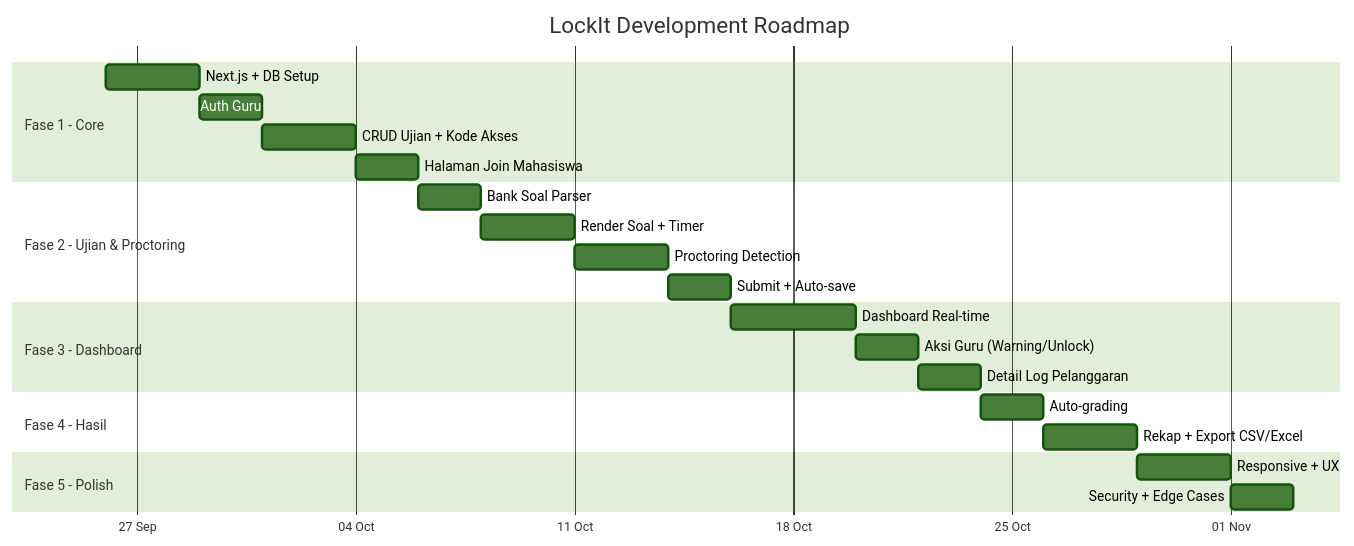
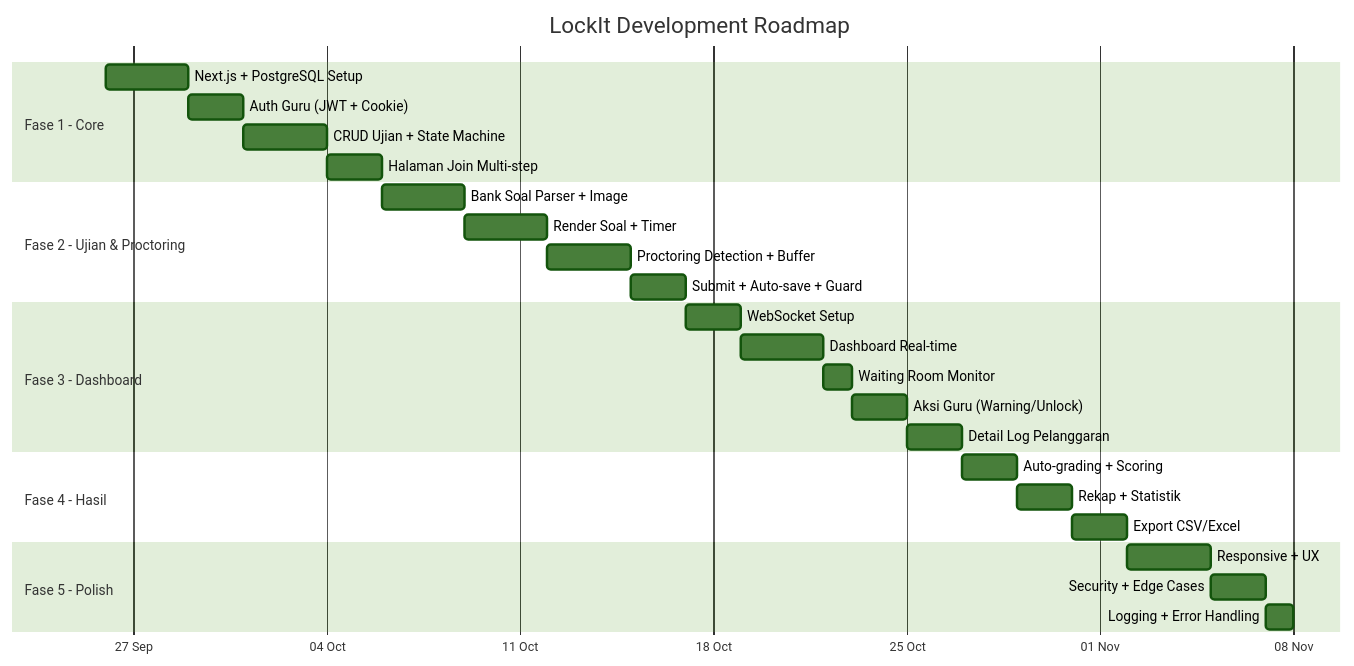
One commit to amdqeis/LockIt changed the sixth of 6 diagrams in docs/PRD.md. Above: the diagram before and after it, drawn with Mermaid (forest theme). The commit also changed other lines of this file, not shown here.

````diff
--- a/docs/PRD.md
+++ b/docs/PRD.md
@@ -597,31 +828,35 @@
 ```mermaid
 gantt
     title LockIt Development Roadmap
     dateFormat YYYY-MM-DD
     axisFormat %d %b
 
     section Fase 1 - Core
-    Next.js + DB Setup          :f1a, 2026-09-26, 3d
-    Auth Guru                   :f1b, after f1a, 2d
-    CRUD Ujian + Kode Akses     :f1c, after f1b, 3d
-    Halaman Join Mahasiswa      :f1d, after f1c, 2d
+    Next.js + PostgreSQL Setup      :f1a, 2026-09-26, 3d
+    Auth Guru (JWT + Cookie)        :f1b, after f1a, 2d
+    CRUD Ujian + State Machine      :f1c, after f1b, 3d
+    Halaman Join Multi-step         :f1d, after f1c, 2d
 
     section Fase 2 - Ujian & Proctoring
-    Bank Soal Parser            :f2a, after f1d, 2d
-    Render Soal + Timer         :f2b, after f2a, 3d
-    Proctoring Detection        :f2c, after f2b, 3d
-    Submit + Auto-save          :f2d, after f2c, 2d
+    Bank Soal Parser + Image        :f2a, after f1d, 3d
+    Render Soal + Timer             :f2b, after f2a, 3d
+    Proctoring Detection + Buffer   :f2c, after f2b, 3d
+    Submit + Auto-save + Guard      :f2d, after f2c, 2d
 
     section Fase 3 - Dashboard
-    Dashboard Real-time         :f3a, after f2d, 4d
-    Aksi Guru (Warning/Unlock)  :f3b, after f3a, 2d
-    Detail Log Pelanggaran      :f3c, after f3b, 2d
+    WebSocket Setup                 :f3a, after f2d, 2d
+    Dashboard Real-time             :f3b, after f3a, 3d
+    Waiting Room Monitor            :f3c, after f3b, 1d
+    Aksi Guru (Warning/Unlock)      :f3d, after f3c, 2d
+    Detail Log Pelanggaran          :f3e, after f3d, 2d
 
     section Fase 4 - Hasil
-    Auto-grading                :f4a, after f3c, 2d
-    Rekap + Export CSV/Excel    :f4b, after f4a, 3d
+    Auto-grading + Scoring          :f4a, after f3e, 2d
+    Rekap + Statistik               :f4b, after f4a, 2d
+    Export CSV/Excel                 :f4c, after f4b, 2d
 
     section Fase 5 - Polish
-    Responsive + UX             :f5a, after f4b, 3d
-    Security + Edge Cases       :f5b, after f5a, 2d
+    Responsive + UX                 :f5a, after f4c, 3d
+    Security + Edge Cases           :f5b, after f5a, 2d
+    Logging + Error Handling        :f5c, after f5b, 1d
 ```
````
